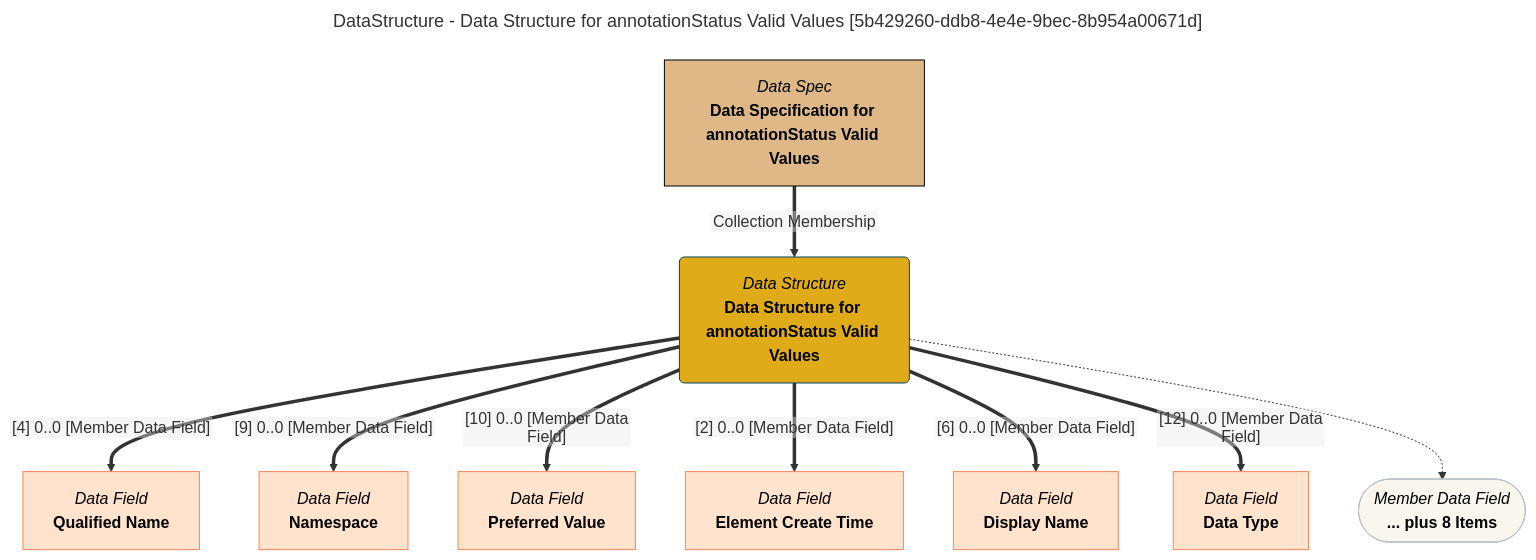
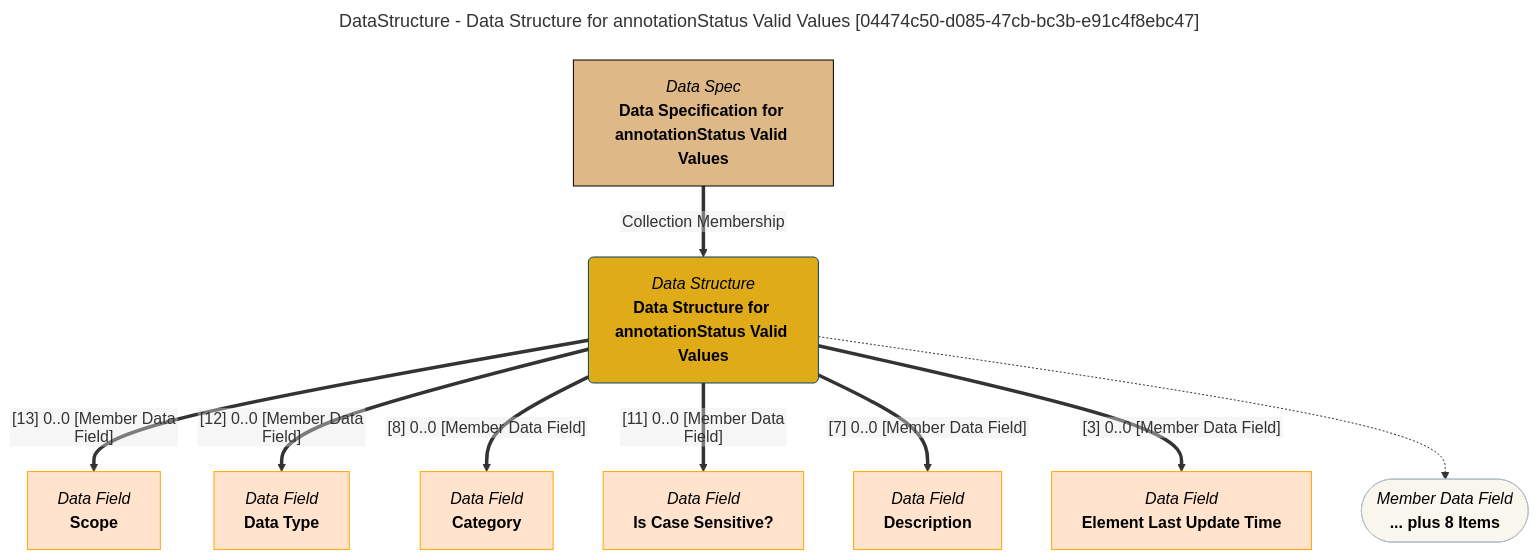
Before and after one commit to odpi/egeria-docs: the diagram in site/snippets/data-structures/data-structure-for-annotationstatus-valid-values-mermaid-graph.md, drawn with Mermaid. The commit also changed 2201 other files, not shown here.

````diff
--- a/site/snippets/data-structures/data-structure-for-annotationstatus-valid-values-mermaid-graph.md
+++ b/site/snippets/data-structures/data-structure-for-annotationstatus-valid-values-mermaid-graph.md
@@ -1,43 +1,43 @@
 ```mermaid
 ---
-title: DataStructure - Data Structure for annotationStatus Valid Values [5b429260-ddb8-4e4e-9bec-8b954a00671d]
+title: DataStructure - Data Structure for annotationStatus Valid Values [04474c50-d085-47cb-bc3b-e91c4f8ebc47]
 ---
 flowchart TD
 %%{init: {"flowchart": {"htmlLabels": false}} }%%
 
 1@{ shape: rounded, label: "*Data Structure*
 **Data Structure for annotationStatus Valid Values**"}
 2@{ shape: rect, label: "*Data Spec*
 **Data Specification for annotationStatus Valid Values**"}
 2==>|"Collection Membership"|1
 3@{ shape: rect, label: "*Data Field*
-**Qualified Name**"}
-1==>|"[4] 0..0 [Member Data Field]"|3
+**Scope**"}
+1==>|"[13] 0..0 [Member Data Field]"|3
 4@{ shape: rect, label: "*Data Field*
-**Namespace**"}
-1==>|"[9] 0..0 [Member Data Field]"|4
+**Data Type**"}
+1==>|"[12] 0..0 [Member Data Field]"|4
 5@{ shape: rect, label: "*Data Field*
-**Preferred Value**"}
-1==>|"[10] 0..0 [Member Data Field]"|5
+**Category**"}
+1==>|"[8] 0..0 [Member Data Field]"|5
 6@{ shape: rect, label: "*Data Field*
-**Element Create Time**"}
-1==>|"[2] 0..0 [Member Data Field]"|6
+**Is Case Sensitive?**"}
+1==>|"[11] 0..0 [Member Data Field]"|6
 7@{ shape: rect, label: "*Data Field*
-**Display Name**"}
-1==>|"[6] 0..0 [Member Data Field]"|7
+**Description**"}
+1==>|"[7] 0..0 [Member Data Field]"|7
 8@{ shape: rect, label: "*Data Field*
-**Data Type**"}
-1==>|"[12] 0..0 [Member Data Field]"|8
+**Element Last Update Time**"}
+1==>|"[3] 0..0 [Member Data Field]"|8
 9@{ shape: stadium, label: "*Member Data Field*
 **... plus 8 Items**"}
 1-.->9
 style 1 color:#000000, fill:#e0ab18, stroke:#004563
-style 2 color:#000000, fill:#deb887, stroke:#000000
-style 3 color:#000000, fill:#ffe3cc, stroke:#f9845b
-style 4 color:#000000, fill:#ffe3cc, stroke:#f9845b
-style 5 color:#000000, fill:#ffe3cc, stroke:#f9845b
-style 6 color:#000000, fill:#ffe3cc, stroke:#f9845b
-style 7 color:#000000, fill:#ffe3cc, stroke:#f9845b
-style 8 color:#000000, fill:#ffe3cc, stroke:#f9845b
+style 2 color:#000000, fill:#DEB887, stroke:#000000
+style 3 color:#000000, fill:#ffe3cc, stroke:#FFA500
+style 4 color:#000000, fill:#ffe3cc, stroke:#FFA500
+style 5 color:#000000, fill:#ffe3cc, stroke:#FFA500
+style 6 color:#000000, fill:#ffe3cc, stroke:#FFA500
+style 7 color:#000000, fill:#ffe3cc, stroke:#FFA500
+style 8 color:#000000, fill:#ffe3cc, stroke:#FFA500
 style 9 color:#000000, fill:#F9F7ED, stroke:#b7c0c7
 ```
````
